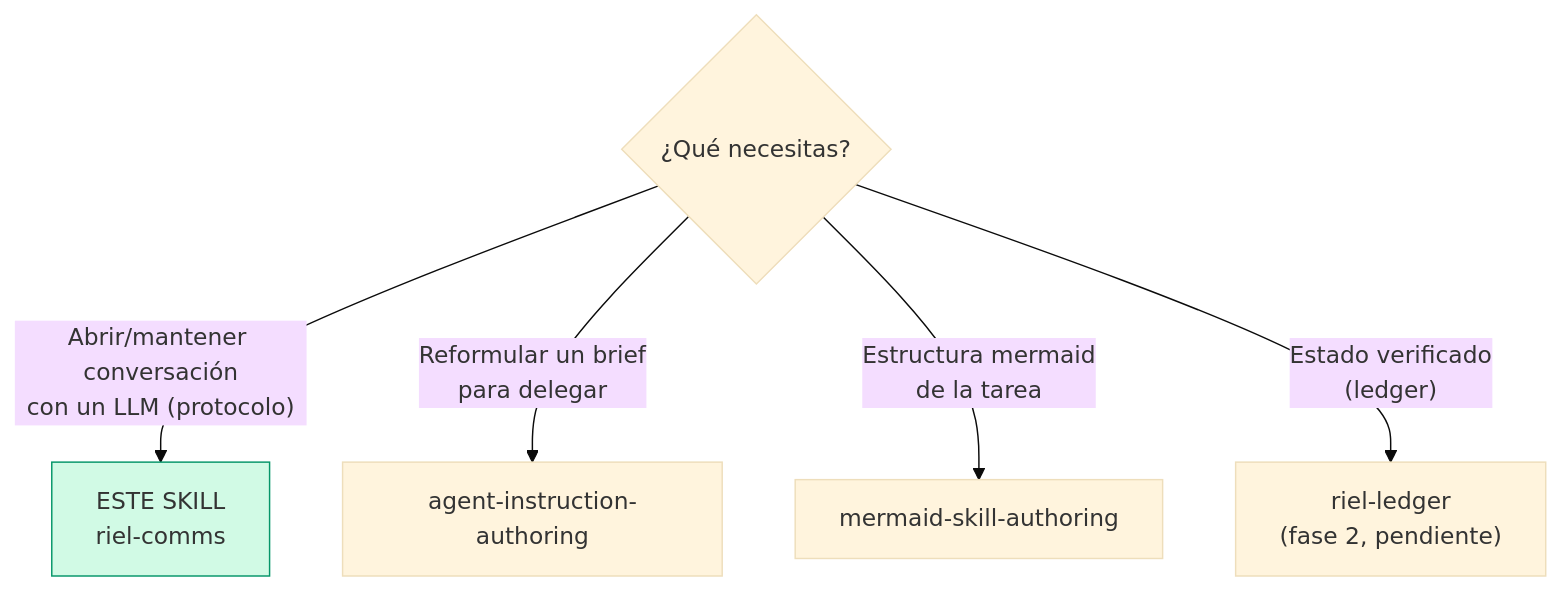
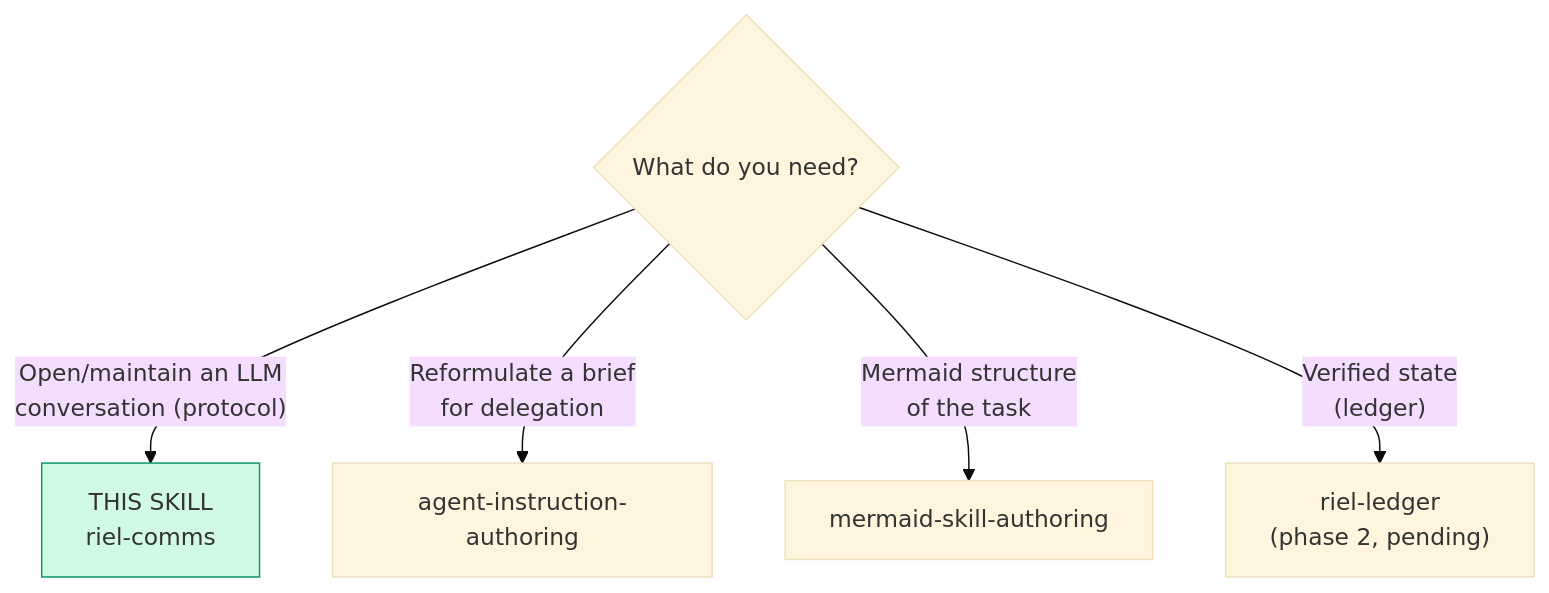
The diagram in skills/riel-comms/SKILL.md (alvarolizama/riel), drawn with Mermaid (base theme) before and after one commit. The commit also changed other lines of this file, not shown here.

Commit message:
feat/riel-comms: translate skill content to english (v1.1.0)

````diff
--- a/skills/riel-comms/SKILL.md
+++ b/skills/riel-comms/SKILL.md
@@ -25,9 +26,9 @@
 ```mermaid
 flowchart TD
-  Q{¿Qué necesitas?} -->|"Abrir/mantener conversación\ncon un LLM (protocolo)"| SELF["ESTE SKILL\nriel-comms"]
-  Q -->|"Reformular un brief\npara delegar"| AI[agent-instruction-authoring]
-  Q -->|"Estructura mermaid\nde la tarea"| MS[mermaid-skill-authoring]
-  Q -->|"Estado verificado\n(ledger)"| RL["riel-ledger\n(fase 2, pendiente)"]
+  Q{What do you need?} -->|"Open/maintain an LLM\nconversation (protocol)"| SELF["THIS SKILL\nriel-comms"]
+  Q -->|"Reformulate a brief\nfor delegation"| AI[agent-instruction-authoring]
+  Q -->|"Mermaid structure\nof the task"| MS[mermaid-skill-authoring]
+  Q -->|"Verified state\n(ledger)"| RL["riel-ledger\n(phase 2, pending)"]
 
   style SELF fill:#d1fae5,stroke:#059669
 ```
````
